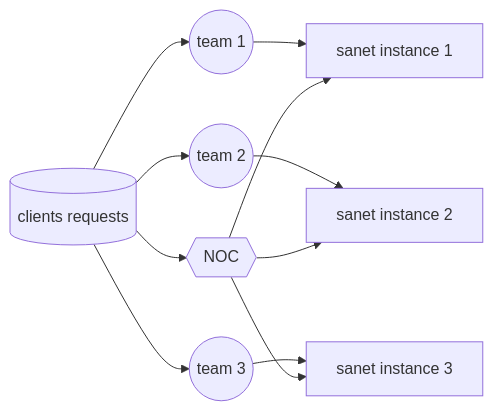
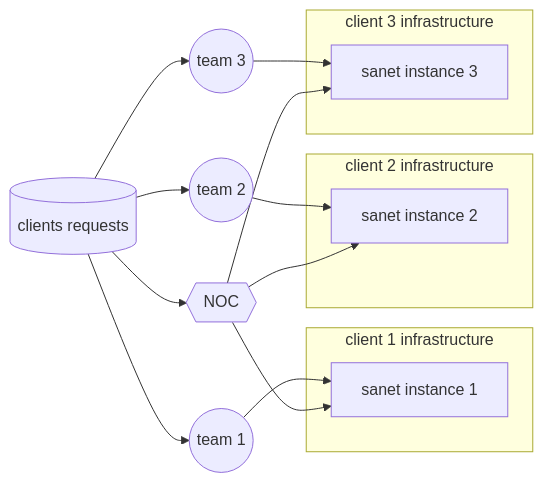
One commit to carnivuth/deployment_lifecycle_design_in_monitoring_applications changed the diagram in graphs/team_schema.mmd. Above: the diagram before and after it, drawn with Mermaid. The commit also changed 6 other files, not shown here.

```diff
--- a/graphs/team_schema.mmd
+++ b/graphs/team_schema.mmd
@@ -1,15 +1,21 @@
 flowchart LR
 A((team 1))
 B((team 2))
 C((team 3))
 H{{NOC}}
 D[(clients requests)]
+subgraph client 1 infrastructure
 E[sanet instance 1]
+end
+subgraph client 2 infrastructure
 F[sanet instance 2]
+end
+subgraph client 3 infrastructure
 G[sanet instance 3]
+end
 
 D --> A & B & C & H
 A --> E
 B --> F
 C --> G
 H --> E & F & G
```
